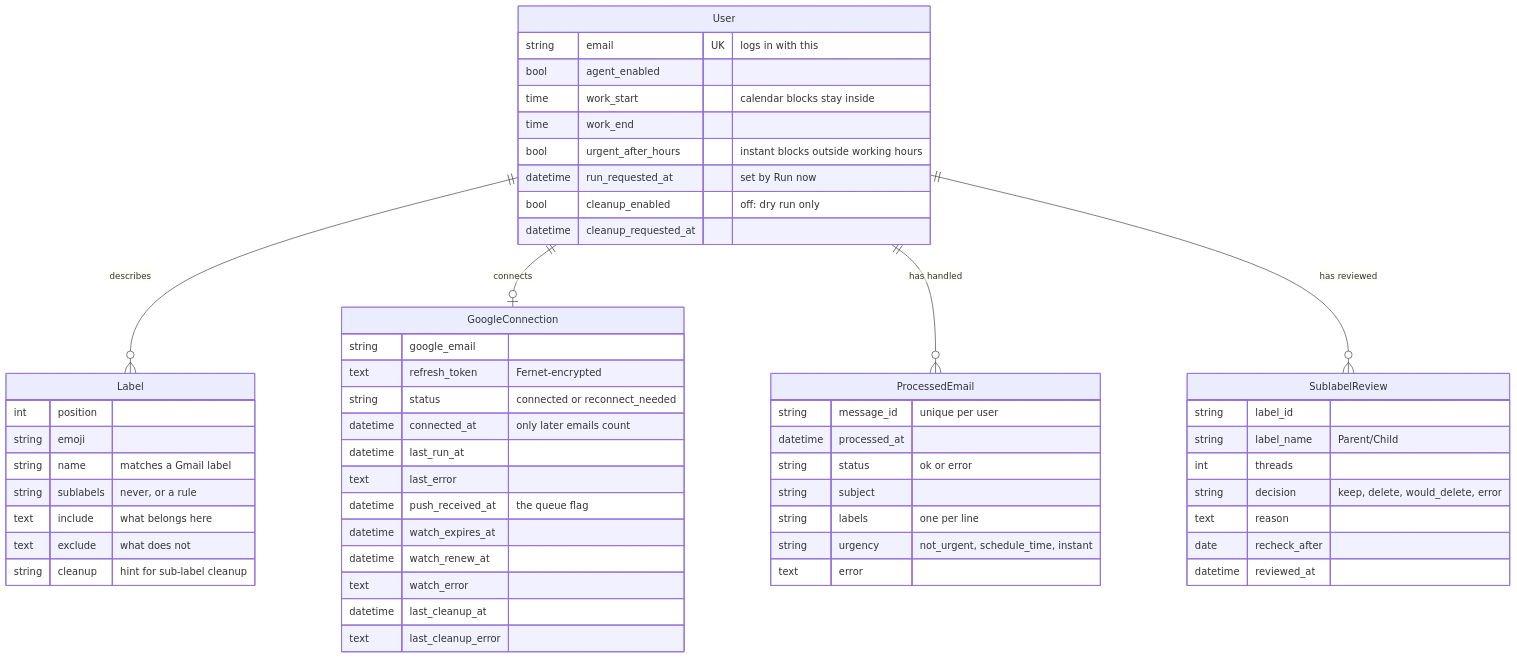
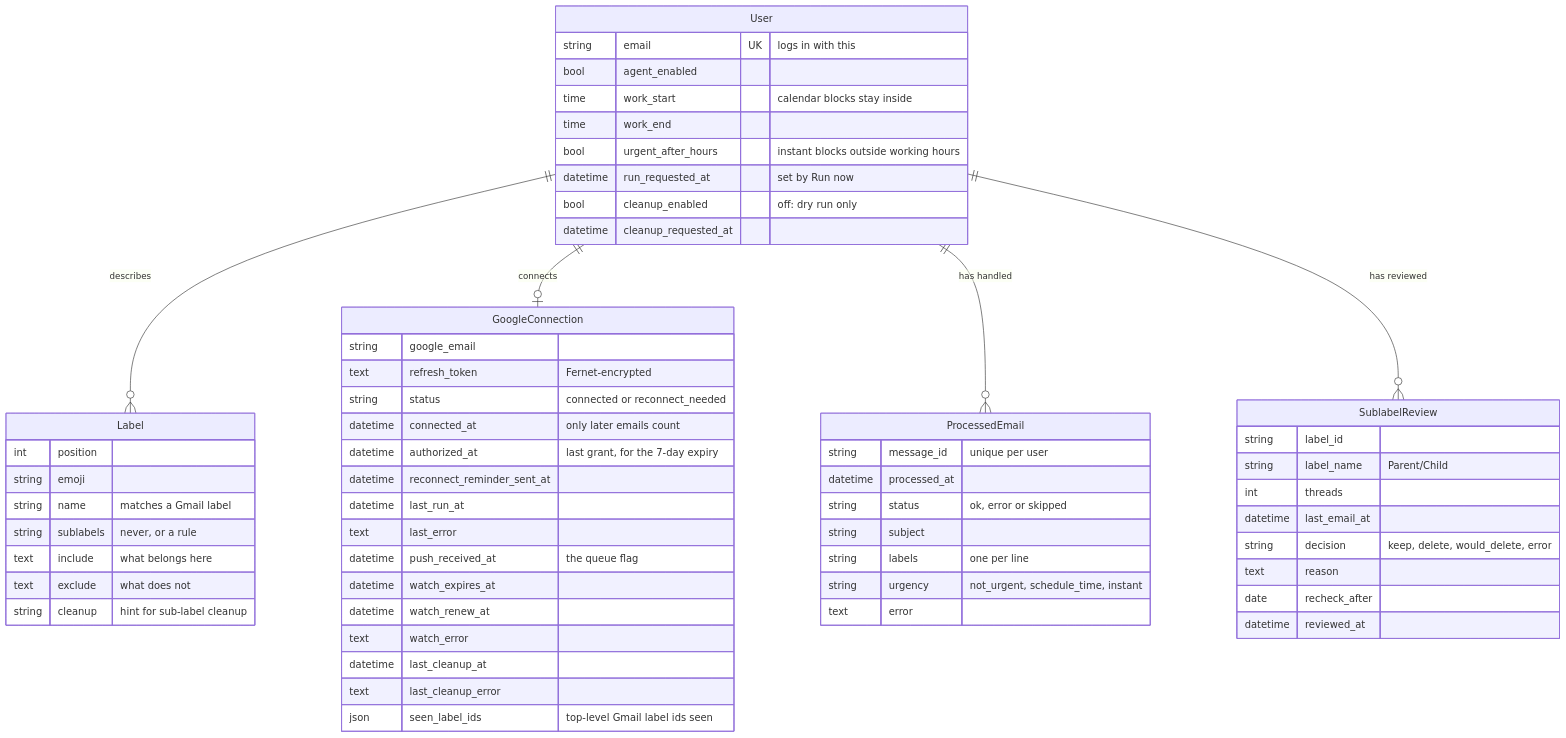
The eighth of 8 diagrams in docs/system-design.md (Ryancg3/email-agent-hack-2026), drawn with Mermaid before and after one commit. The commit also changed other lines of this file and 1 other file, not shown here.

First line of the commit message:
Docs: update the README and system design for label sync, evals and the reminder (#31)

````diff
--- a/docs/system-design.md
+++ b/docs/system-design.md
@@ -262,59 +321,63 @@
 ```mermaid
 erDiagram
     User ||--o{ Label : "describes"
     User ||--o| GoogleConnection : "connects"
     User ||--o{ ProcessedEmail : "has handled"
     User ||--o{ SublabelReview : "has reviewed"
 
     User {
         string email UK "logs in with this"
         bool agent_enabled
         time work_start "calendar blocks stay inside"
         time work_end
         bool urgent_after_hours "instant blocks outside working hours"
         datetime run_requested_at "set by Run now"
         bool cleanup_enabled "off: dry run only"
         datetime cleanup_requested_at
     }
     Label {
         int position
         string emoji
         string name "matches a Gmail label"
         string sublabels "never, or a rule"
         text include "what belongs here"
         text exclude "what does not"
         string cleanup "hint for sub-label cleanup"
     }
     GoogleConnection {
         string google_email
         text refresh_token "Fernet-encrypted"
         string status "connected or reconnect_needed"
         datetime connected_at "only later emails count"
+        datetime authorized_at "last grant, for the 7-day expiry"
+        datetime reconnect_reminder_sent_at
         datetime last_run_at
         text last_error
         datetime push_received_at "the queue flag"
         datetime watch_expires_at
         datetime watch_renew_at
         text watch_error
         datetime last_cleanup_at
         text last_cleanup_error
+        json seen_label_ids "top-level Gmail label ids seen"
     }
     ProcessedEmail {
         string message_id "unique per user"
         datetime processed_at
-        string status "ok or error"
+        string status "ok, error or skipped"
         string subject
         string labels "one per line"
         string urgency "not_urgent, schedule_time, instant"
         text error
     }
     SublabelReview {
         string label_id
         string label_name "Parent/Child"
         int threads
+        datetime last_email_at
         string decision "keep, delete, would_delete, error"
         text reason
         date recheck_after
         datetime reviewed_at
     }
 ```
````
